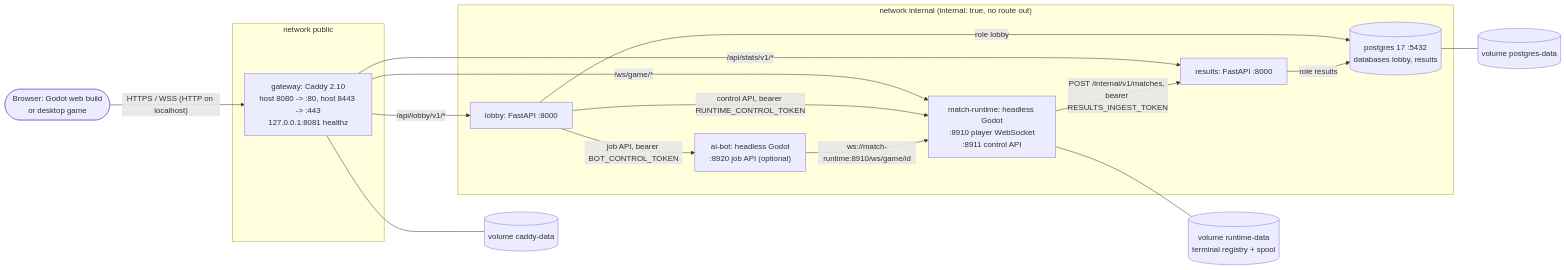
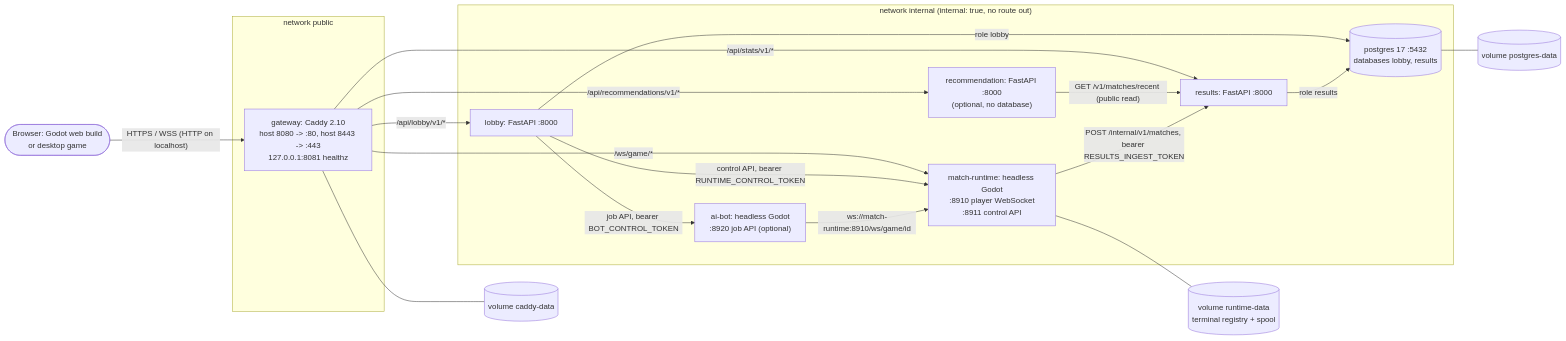
The first of 4 diagrams in ARCHITECTURE_ONLINE.md (guilhermek32/Inazuma-Eleven-GL), drawn with Mermaid before and after one commit. The commit also changed other lines of this file and 47 other files, not shown here.

````diff
--- a/ARCHITECTURE_ONLINE.md
+++ b/ARCHITECTURE_ONLINE.md
@@ -75,31 +78,34 @@
 ```mermaid
 flowchart LR
   user(["Browser: Godot web build<br/>or desktop game"])
   subgraph pub["network public"]
     gw["gateway: Caddy 2.10<br/>host 8080 -> :80, host 8443 -> :443<br/>127.0.0.1:8081 healthz"]
   end
   subgraph int["network internal (internal: true, no route out)"]
     lobby["lobby: FastAPI :8000"]
     rt["match-runtime: headless Godot<br/>:8910 player WebSocket<br/>:8911 control API"]
     res["results: FastAPI :8000"]
     bot["ai-bot: headless Godot<br/>:8920 job API (optional)"]
+    rec["recommendation: FastAPI :8000<br/>(optional, no database)"]
     pg[("postgres 17 :5432<br/>databases lobby, results")]
   end
   vcaddy[("volume caddy-data")]
   vrt[("volume runtime-data<br/>terminal registry + spool")]
   vpg[("volume postgres-data")]
 
   user -->|"HTTPS / WSS (HTTP on localhost)"| gw
   gw -->|"/api/lobby/v1/*"| lobby
   gw -->|"/api/stats/v1/*"| res
   gw -->|"/ws/game/*"| rt
+  gw -->|"/api/recommendations/v1/*"| rec
+  rec -->|"GET /v1/matches/recent (public read)"| res
   lobby -->|"control API, bearer RUNTIME_CONTROL_TOKEN"| rt
   lobby -->|"job API, bearer BOT_CONTROL_TOKEN"| bot
   bot -->|"ws://match-runtime:8910/ws/game/id"| rt
   rt -->|"POST /internal/v1/matches, bearer RESULTS_INGEST_TOKEN"| res
   lobby -->|"role lobby"| pg
   res -->|"role results"| pg
   gw --- vcaddy
   rt --- vrt
   pg --- vpg
 ```
````
